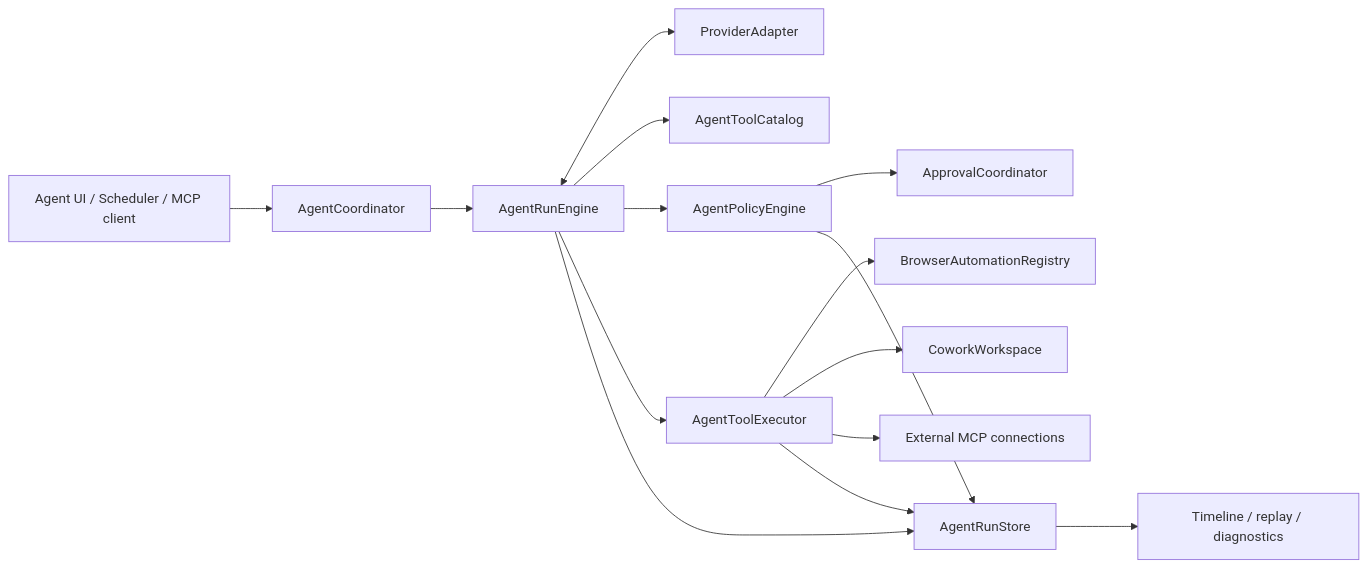
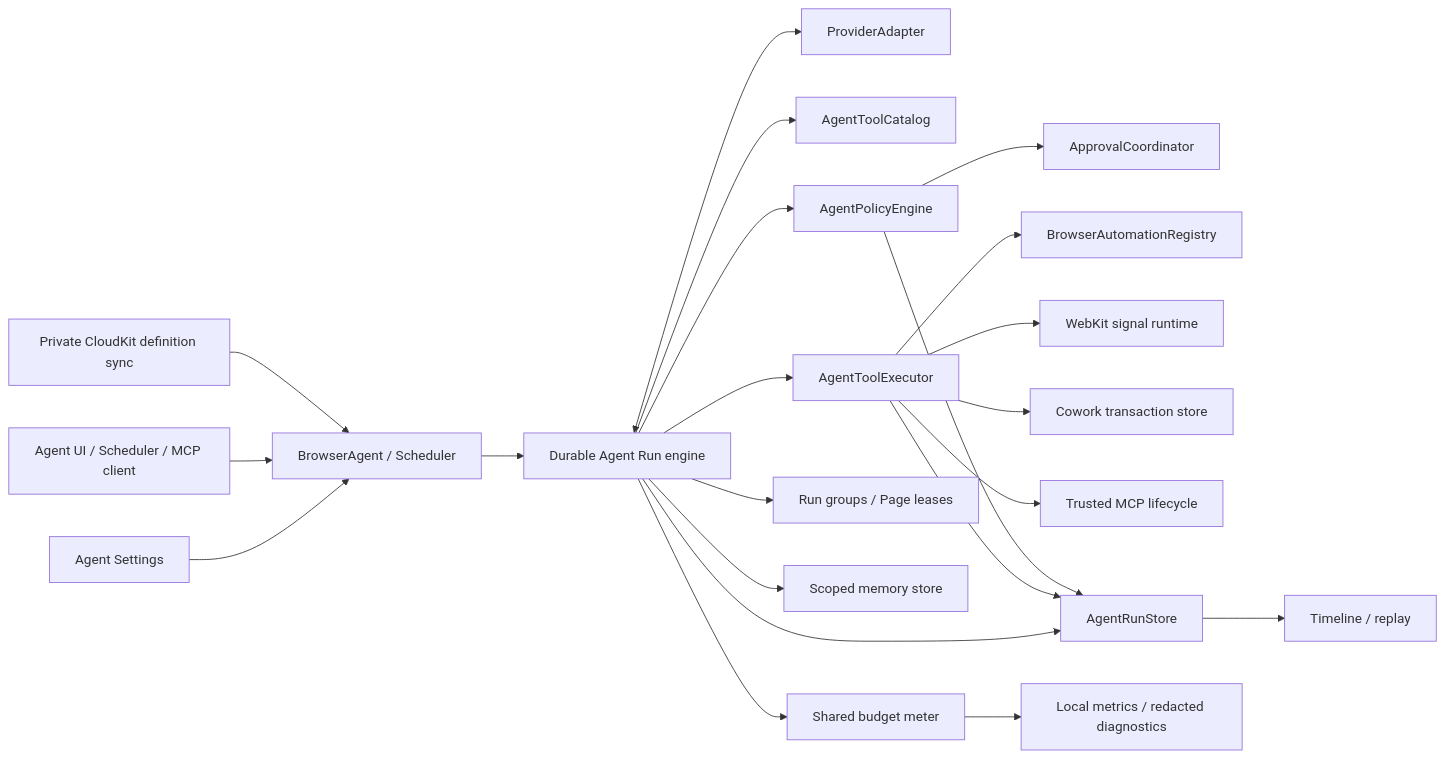
One commit to fennelouski/straight-up-browser changed the first of 2 diagrams in docs/ai/architecture.md. Above: the diagram before and after it, drawn with Mermaid. The commit also changed other lines of this file and 11 other files, not shown here.

Commit message:
docs(agent): complete the Browser 2.0 roadmap

````diff
--- a/docs/ai/architecture.md
+++ b/docs/ai/architecture.md
@@ -25,17 +28,24 @@
 ```mermaid
 flowchart LR
-  UI["Agent UI / Scheduler / MCP client"] --> Coordinator["AgentCoordinator"]
-  Coordinator --> Engine["AgentRunEngine"]
+  Settings["Agent Settings"] --> Coordinator["BrowserAgent / Scheduler"]
+  UI["Agent UI / Scheduler / MCP client"] --> Coordinator
+  Coordinator --> Engine["Durable Agent Run engine"]
   Engine <--> Provider["ProviderAdapter"]
   Engine --> Catalog["AgentToolCatalog"]
   Engine --> Policy["AgentPolicyEngine"]
   Policy --> Approval["ApprovalCoordinator"]
   Engine --> Executor["AgentToolExecutor"]
   Executor --> Browser["BrowserAutomationRegistry"]
-  Executor --> Cowork["CoworkWorkspace"]
-  Executor --> External["External MCP connections"]
+  Executor --> Signals["WebKit signal runtime"]
+  Executor --> Cowork["Cowork transaction store"]
+  Executor --> External["Trusted MCP lifecycle"]
+  Engine --> Groups["Run groups / Page leases"]
+  Engine --> Memory["Scoped memory store"]
+  Engine --> Meter["Shared budget meter"]
   Engine --> Store["AgentRunStore"]
   Executor --> Store
   Policy --> Store
-  Store --> Replay["Timeline / replay / diagnostics"]
+  Store --> Replay["Timeline / replay"]
+  Meter --> Diagnostics["Local metrics / redacted diagnostics"]
+  DefinitionSync["Private CloudKit definition sync"] --> Coordinator
 ```
````
